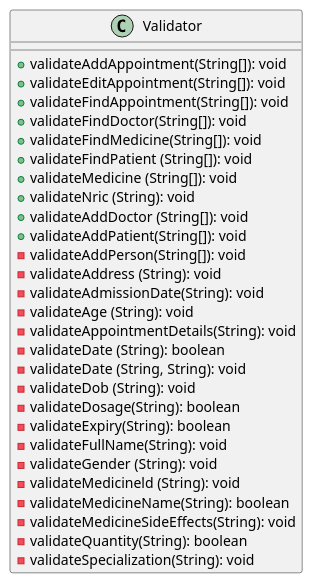
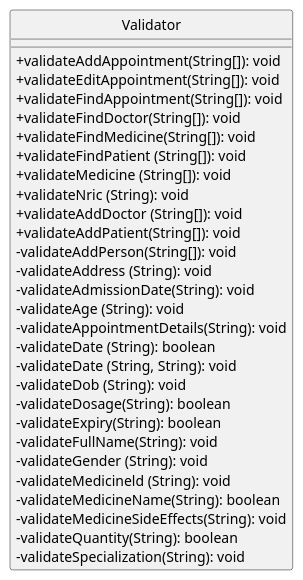
The diagram in docs/diagrams/ValidatorClassUML.puml (nus-cs2113-AY2122S2/tp), drawn with PlantUML before and after one commit. The commit also changed 28 other files, not shown here.

First line of the commit message:
Update all puml diagrams

```diff
--- a/docs/diagrams/ValidatorClassUML.puml
+++ b/docs/diagrams/ValidatorClassUML.puml
@@ -1,33 +1,33 @@
 @startuml
-'https://plantuml.com/sequence-diagram
-
+hide circle
+skinparam classAttributeIconSize 0
 class Validator {
 +validateAddAppointment(String[]): void
 +validateEditAppointment(String[]): void
 +validateFindAppointment(String[]): void
 +validateFindDoctor(String[]): void
 +validateFindMedicine(String[]): void
 +validateFindPatient (String[]): void
 +validateMedicine (String[]): void
 +validateNric (String): void
 +validateAddDoctor (String[]): void
 +validateAddPatient(String[]): void
 -validateAddPerson(String[]): void
 -validateAddress (String): void
 -validateAdmissionDate(String): void
 -validateAge (String): void
 -validateAppointmentDetails(String): void
 -validateDate (String): boolean
 -validateDate (String, String): void
 -validateDob (String): void
 -validateDosage(String): boolean
 -validateExpiry(String): boolean
 -validateFullName(String): void
 -validateGender (String): void
 -validateMedicineld (String): void
 -validateMedicineName(String): boolean
 -validateMedicineSideEffects(String): void
 -validateQuantity(String): boolean
 -validateSpecialization(String): void
 }
 @enduml
```
